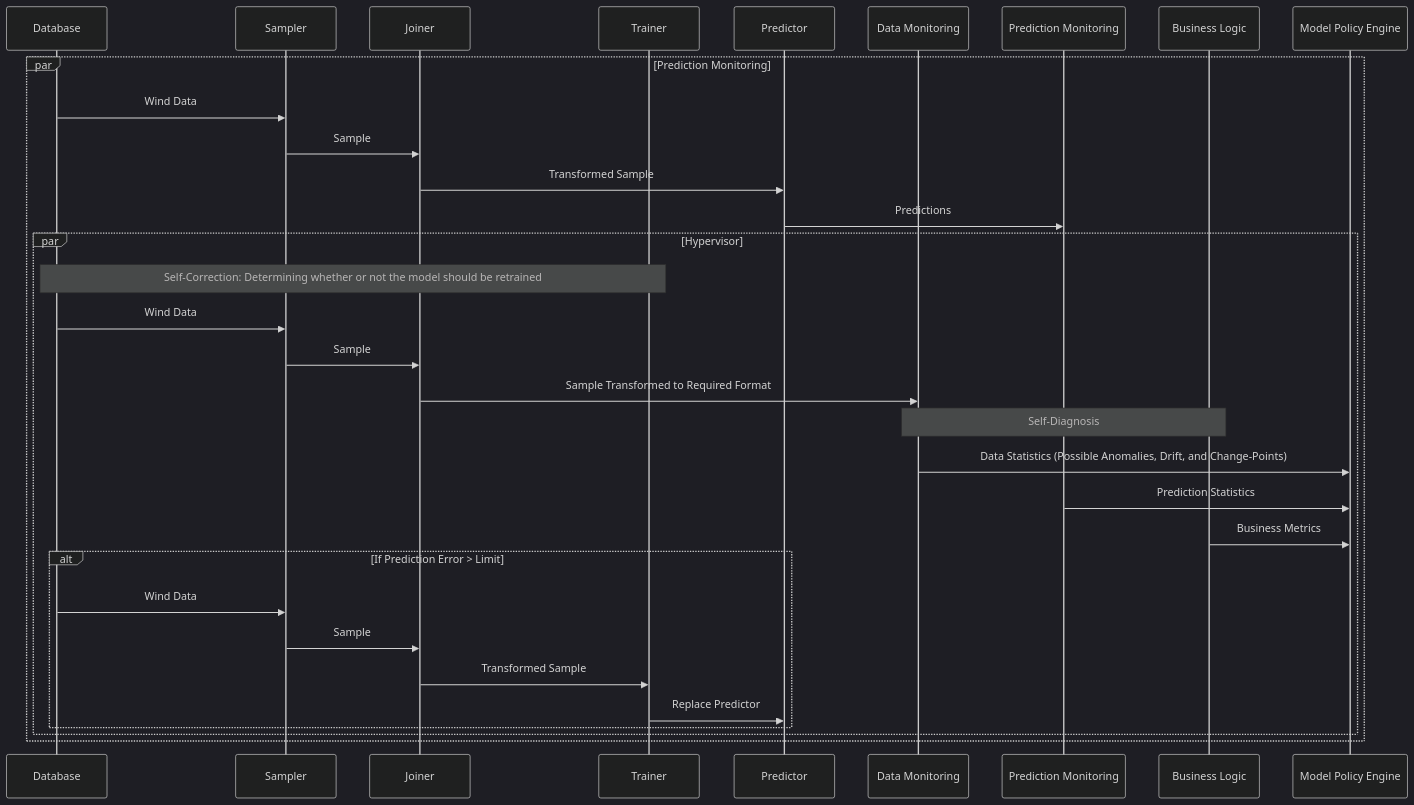
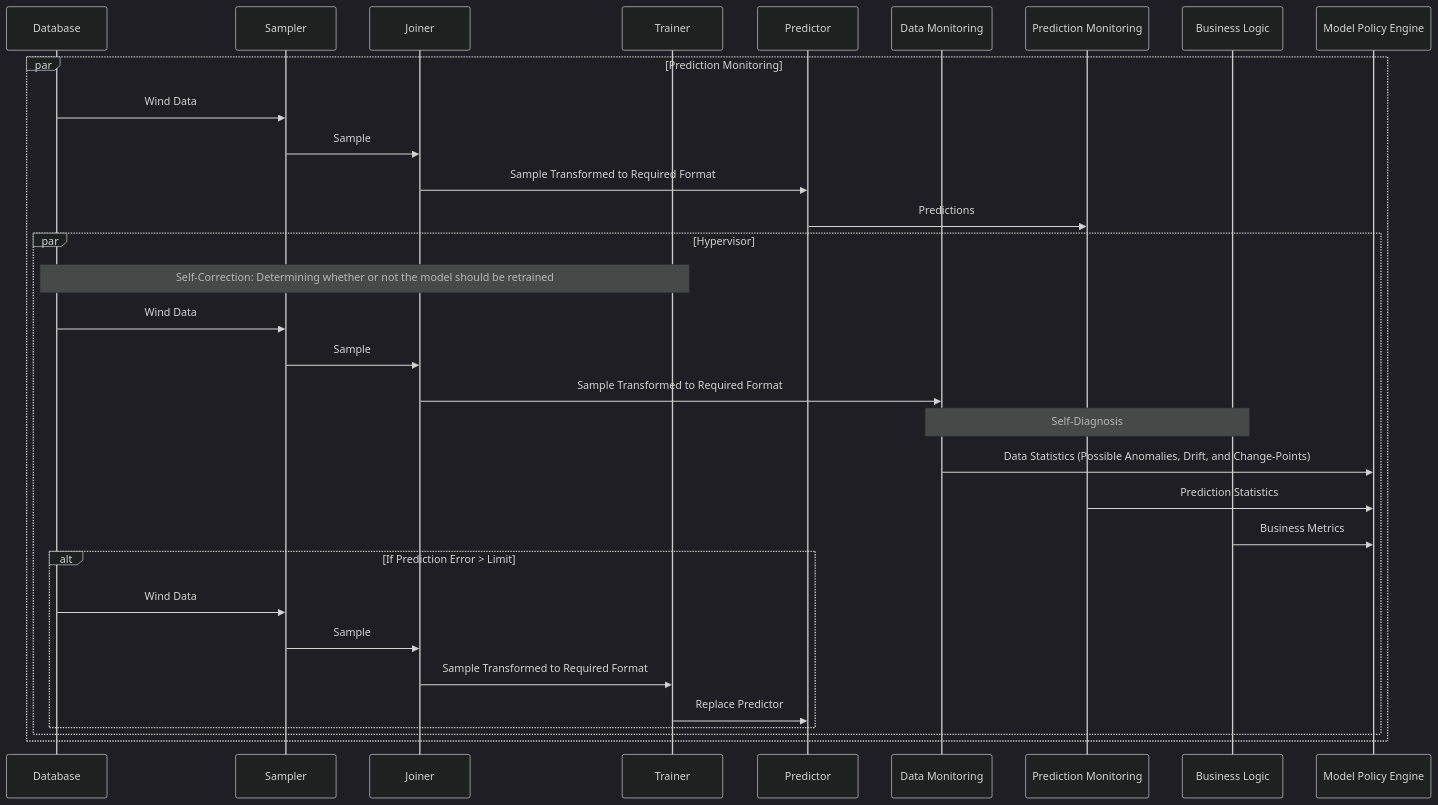
The second of 2 diagrams in system_design_diagrams.md (hannahmehravari/dissertation), drawn with Mermaid (dark theme) before and after one commit.

````diff
--- a/system_design_diagrams.md
+++ b/system_design_diagrams.md
@@ -46,34 +46,34 @@
 ```mermaid
 sequenceDiagram
     participant Database
     participant Sampler
     participant Joiner
     participant Trainer
     participant Predictor
     participant Data Monitoring
     participant Prediction Monitoring
     participant Business Logic
     participant Model Policy Engine
     par Prediction Monitoring
     Database->>Sampler:Wind Data
     Sampler->>Joiner:Sample 
-    Joiner->>Predictor:Transformed Sample
+    Joiner->>Predictor:Sample Transformed to Required Format
     Predictor->>Prediction Monitoring:Predictions
     par Hypervisor
     Note over Database, Trainer: Self-Correction: Determining whether or not the model should be retrained
     Database->>Sampler:Wind Data
     Sampler->>Joiner:Sample 
     Joiner->>Data Monitoring:Sample Transformed to Required Format
     Note over Data Monitoring,Business Logic: Self-Diagnosis
     Data Monitoring->>Model Policy Engine:Data Statistics (Possible Anomalies, Drift, and Change-Points)
     Prediction Monitoring->>Model Policy Engine:Prediction Statistics   
     Business Logic->>Model Policy Engine: Business Metrics
     alt If Prediction Error > Limit
     Database->>Sampler:Wind Data
     Sampler->>Joiner:Sample 
-    Joiner->>Trainer:Transformed Sample
+    Joiner->>Trainer:Sample Transformed to Required Format
     Trainer->>Predictor: Replace Predictor
     end
     end
     end
 ```
````
